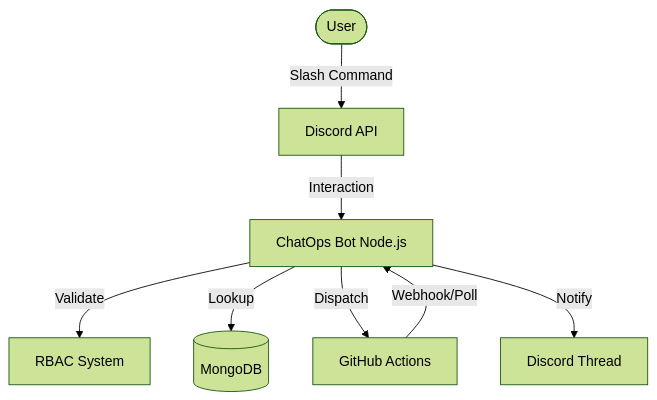
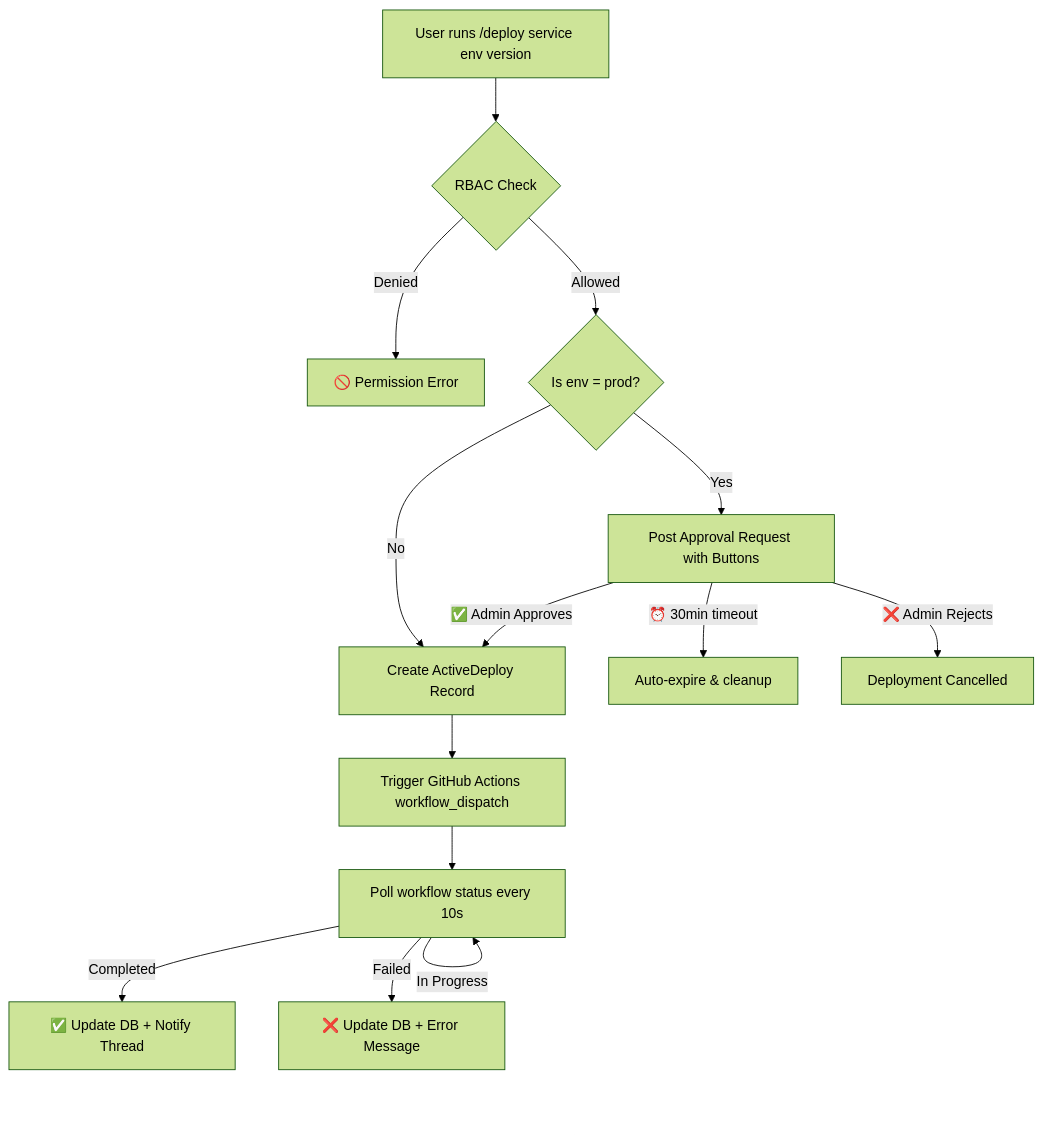
The diagram in README.md (Sandilya69/chatops-bot), drawn with Mermaid (forest theme) before and after one commit. The commit also changed other lines of this file and 36 other files, not shown here.

````diff
--- a/README.md
+++ b/README.md
@@ -53,10 +173,16 @@
 ```mermaid
-graph TD
-    User([User]) -->|Slash Command| Discord[Discord API]
-    Discord -->|Interaction| Bot[ChatOps Bot Node.js]
-    Bot -->|Validate| RBAC[RBAC System]
-    Bot -->|Lookup| DB[(MongoDB)]
-    Bot -->|Dispatch| GHA[GitHub Actions]
-    GHA -->|Webhook/Poll| Bot
-    Bot -->|Notify| Thread[Discord Thread]
+flowchart TD
+    A[User runs /deploy service env version] --> B{RBAC Check}
+    B -->|Denied| C[🚫 Permission Error]
+    B -->|Allowed| D{Is env = prod?}
+    D -->|No| E[Create ActiveDeploy Record]
+    D -->|Yes| F[Post Approval Request with Buttons]
+    F -->|⏰ 30min timeout| G[Auto-expire & cleanup]
+    F -->|✅ Admin Approves| E
+    F -->|❌ Admin Rejects| H[Deployment Cancelled]
+    E --> I[Trigger GitHub Actions workflow_dispatch]
+    I --> J[Poll workflow status every 10s]
+    J -->|In Progress| J
+    J -->|Completed| K[✅ Update DB + Notify Thread]
+    J -->|Failed| L[❌ Update DB + Error Message]
 ```
````
